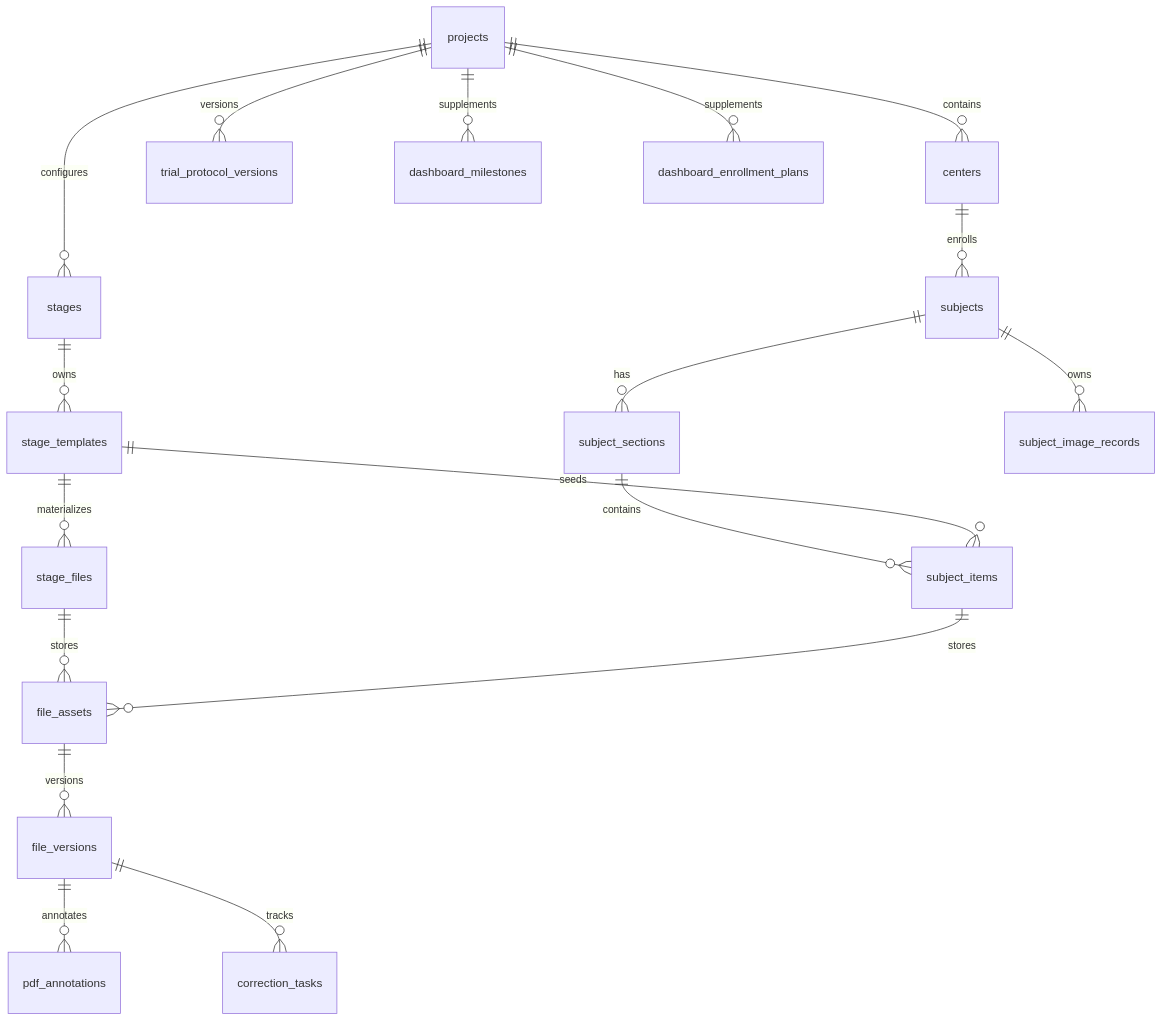
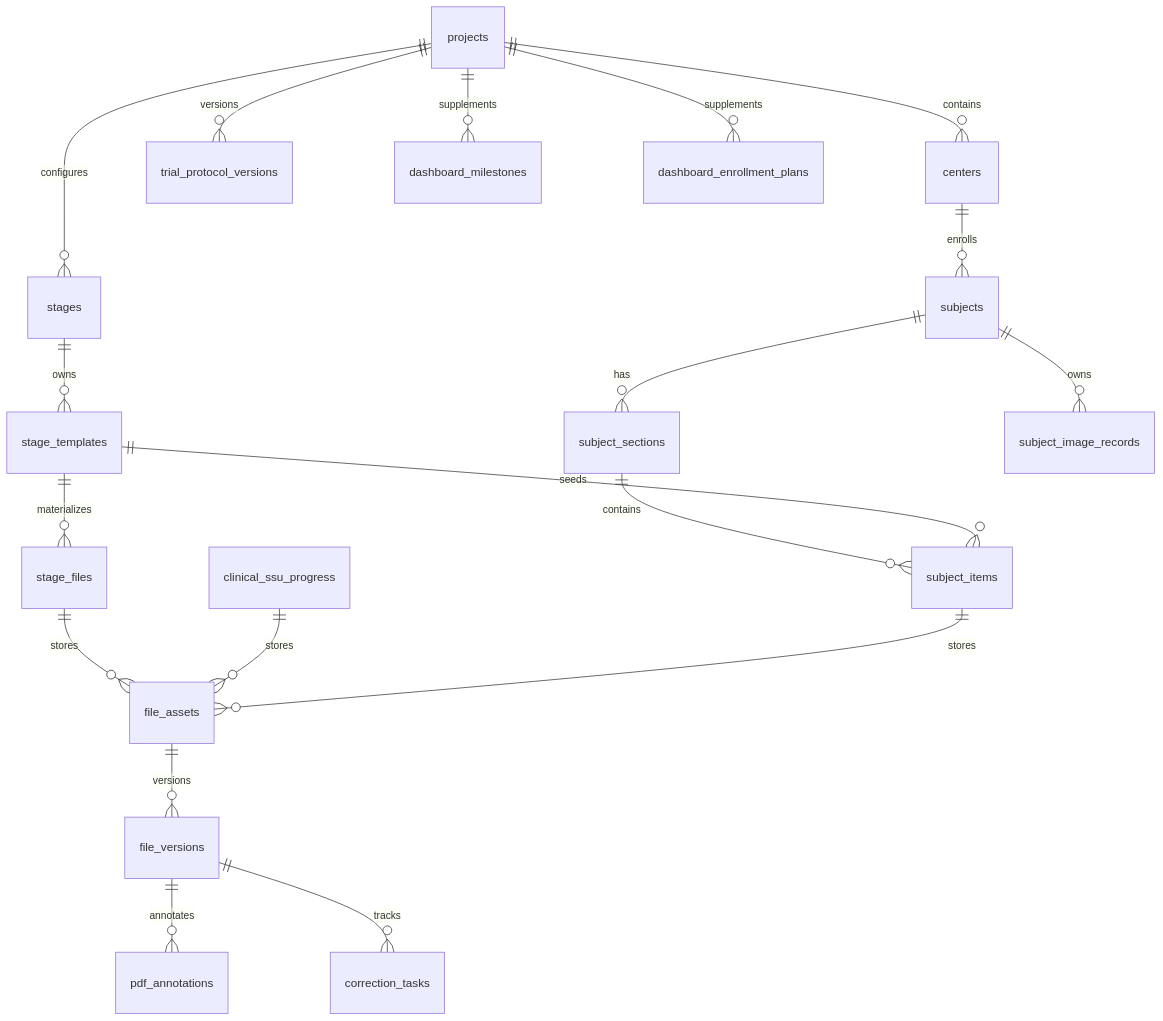
The diagram in docs/database_field_design.md (cafelemon/clinical-data-system), drawn with Mermaid before and after one commit. The commit also changed other lines of this file and 22 other files, not shown here.

````diff
--- a/docs/database_field_design.md
+++ b/docs/database_field_design.md
@@ -9,20 +9,21 @@
 ```mermaid
 erDiagram
   projects ||--o{ centers : contains
   projects ||--o{ trial_protocol_versions : versions
   projects ||--o{ stages : configures
   stages ||--o{ stage_templates : owns
   centers ||--o{ subjects : enrolls
   subjects ||--o{ subject_sections : has
   subject_sections ||--o{ subject_items : contains
   subjects ||--o{ subject_image_records : owns
   stage_templates ||--o{ stage_files : materializes
   stage_templates ||--o{ subject_items : seeds
   stage_files ||--o{ file_assets : stores
+  clinical_ssu_progress ||--o{ file_assets : stores
   subject_items ||--o{ file_assets : stores
   file_assets ||--o{ file_versions : versions
   file_versions ||--o{ pdf_annotations : annotates
   file_versions ||--o{ correction_tasks : tracks
   projects ||--o{ dashboard_milestones : supplements
   projects ||--o{ dashboard_enrollment_plans : supplements
 ```
````
